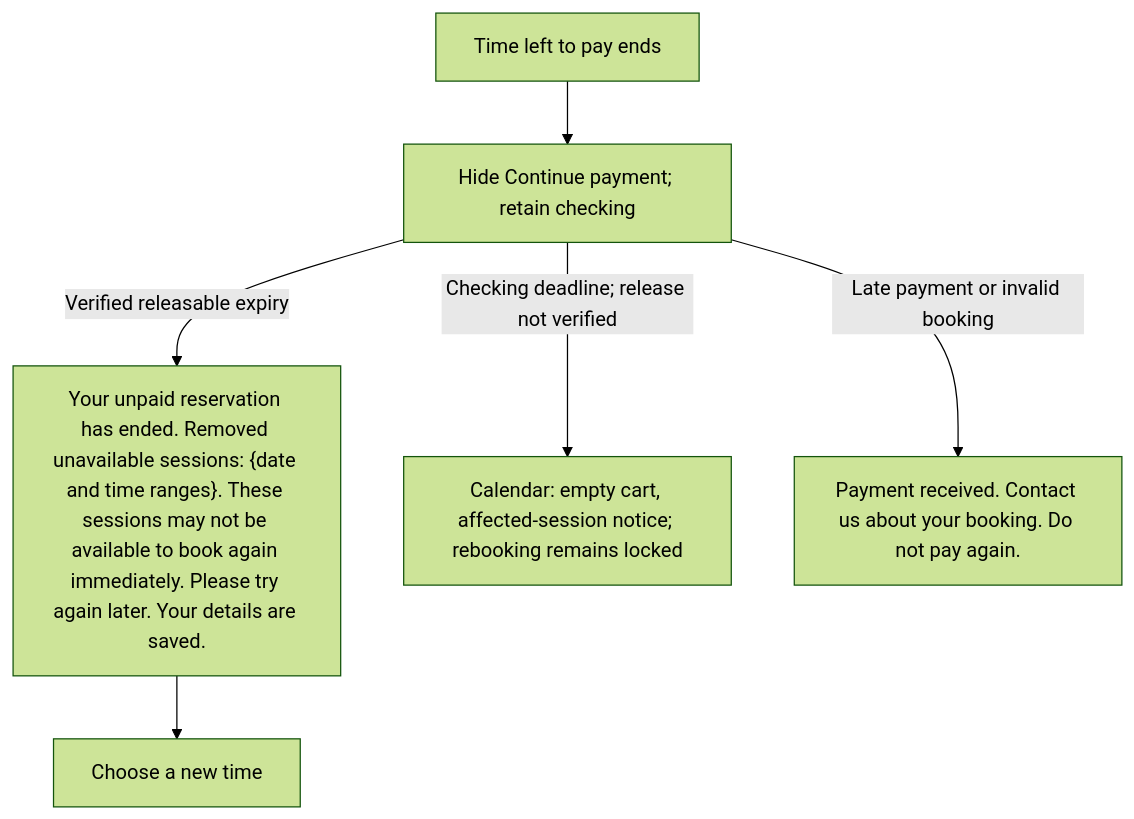
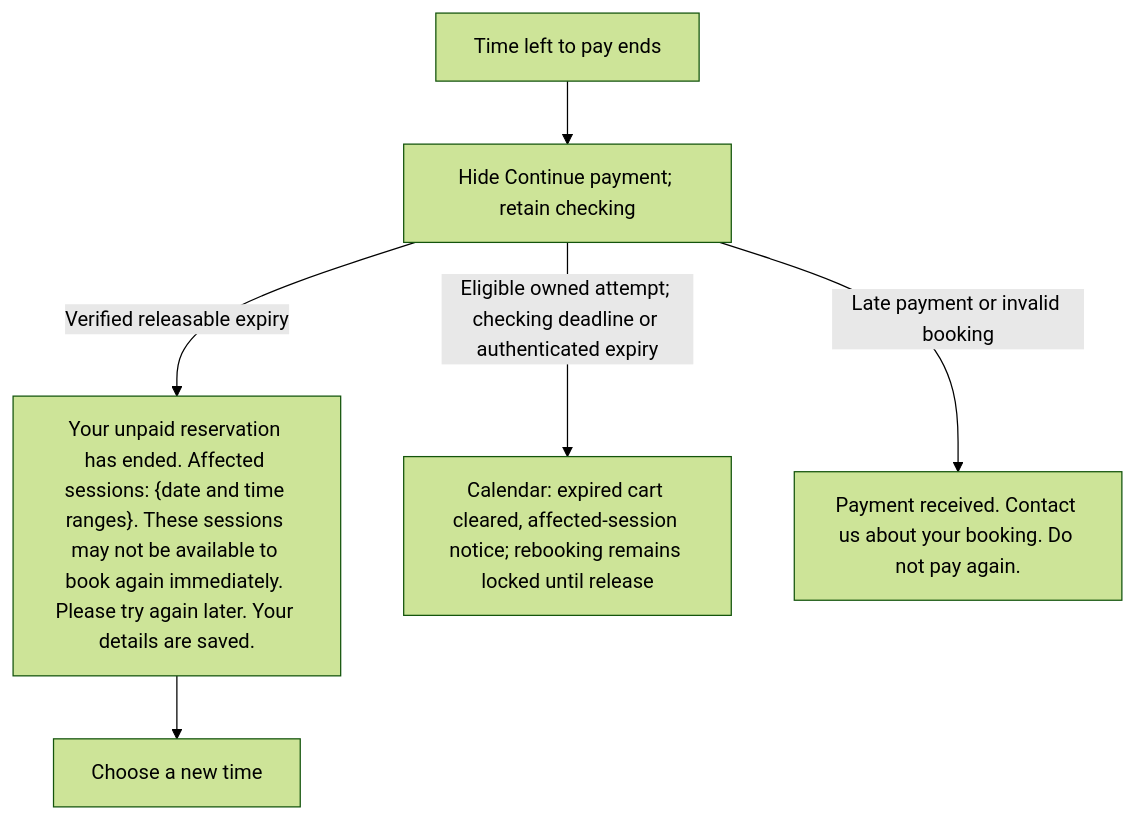
Before and after one commit to soccerbotstudiosg/soccerbotstudioSG: diagram 13 of 19 in docs/booking-flows.md, drawn with Mermaid (forest theme). The commit also changed other lines of this file and 44 other files, not shown here.

````diff
--- a/docs/booking-flows.md
+++ b/docs/booking-flows.md
@@ -209,8 +214,8 @@
 ```mermaid
 flowchart TD
   A["Time left to pay ends"] --> B["Hide Continue payment; retain checking"]
-  B -->|Verified releasable expiry| C["Your unpaid reservation has ended. Removed unavailable sessions: {date and time ranges}. These sessions may not be available to book again immediately. Please try again later. Your details are saved."]
-  B -->|Checking deadline; release not verified| D["Calendar: empty cart, affected-session notice; rebooking remains locked"]
+  B -->|Verified releasable expiry| C["Your unpaid reservation has ended. Affected sessions: {date and time ranges}. These sessions may not be available to book again immediately. Please try again later. Your details are saved."]
+  B -->|Eligible owned attempt; checking deadline or authenticated expiry| D["Calendar: expired cart cleared, affected-session notice; rebooking remains locked until release"]
   B -->|Late payment or invalid booking| E["Payment received. Contact us about your booking. Do not pay again."]
   C --> F["Choose a new time"]
 ```
````
